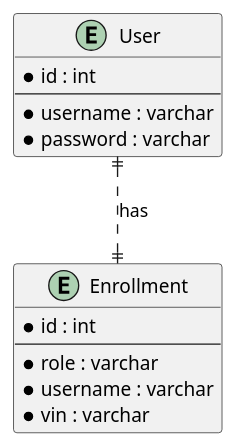
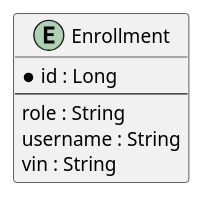
Before and after one commit to Dinesh-s95/AutoDoc.ai: the fourth of 4 diagrams in enrollment/documentation/detaileddesign.adoc, drawn with PlantUML. The commit also changed other lines of this file and 4 other files, not shown here.

```diff
--- a/enrollment/documentation/detaileddesign.adoc
+++ b/enrollment/documentation/detaileddesign.adoc
@@ -247,21 +237,12 @@
 [plantuml, er-diagram, png]
 ----
 @startuml
-entity "User" {
-    * id : int
-    --
-    * username : varchar
-    * password : varchar
+entity "Enrollment" {
+    * id : Long
+    ---
+    role : String
+    username : String
+    vin : String
 }
-
-entity "Enrollment" {
-    * id : int
-    --
-    * role : varchar
-    * username : varchar
-    * vin : varchar
-}
-
-User ||..|| Enrollment : "has"
 @enduml
 ----
```
